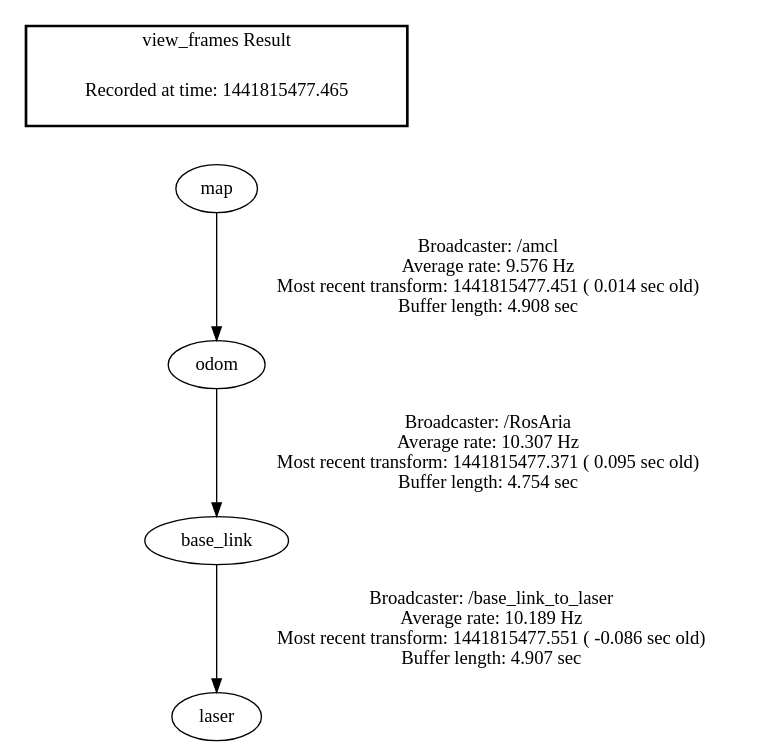
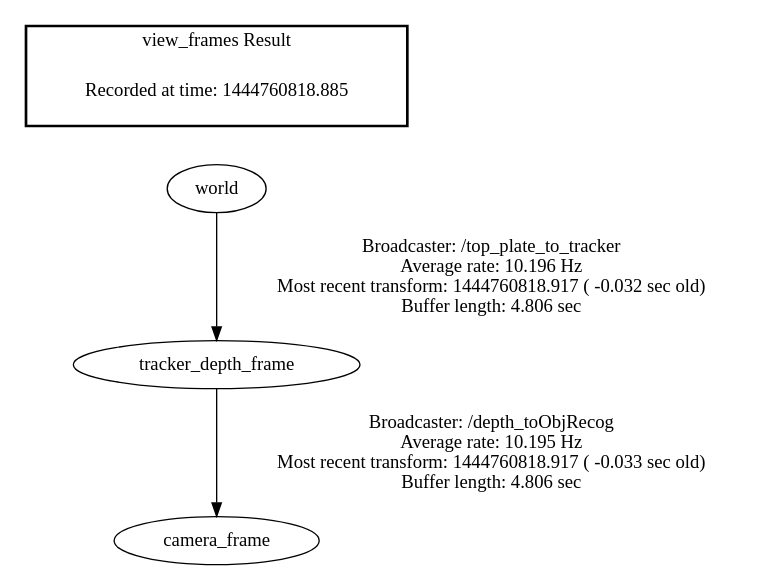
One commit to JuliousHurtado/pionner3dx changed the diagram in frames.gv. Above: the diagram before and after it, drawn with Graphviz. The commit also changed 140 other files, not shown here.

```diff
--- a/frames.gv
+++ b/frames.gv
@@ -1,9 +1,8 @@
 digraph G {
-"map" -> "odom"[label="Broadcaster: /amcl\nAverage rate: 9.576 Hz\nMost recent transform: 1441815477.451 ( 0.014 sec old)\nBuffer length: 4.908 sec\n"];
-"base_link" -> "laser"[label="Broadcaster: /base_link_to_laser\nAverage rate: 10.189 Hz\nMost recent transform: 1441815477.551 ( -0.086 sec old)\nBuffer length: 4.907 sec\n"];
-"odom" -> "base_link"[label="Broadcaster: /RosAria\nAverage rate: 10.307 Hz\nMost recent transform: 1441815477.371 ( 0.095 sec old)\nBuffer length: 4.754 sec\n"];
+"world" -> "tracker_depth_frame"[label="Broadcaster: /top_plate_to_tracker\nAverage rate: 10.196 Hz\nMost recent transform: 1444760818.917 ( -0.032 sec old)\nBuffer length: 4.806 sec\n"];
+"tracker_depth_frame" -> "camera_frame"[label="Broadcaster: /depth_toObjRecog\nAverage rate: 10.195 Hz\nMost recent transform: 1444760818.917 ( -0.033 sec old)\nBuffer length: 4.806 sec\n"];
 edge [style=invis];
  subgraph cluster_legend { style=bold; color=black; label ="view_frames Result";
-"Recorded at time: 1441815477.465"[ shape=plaintext ] ;
- }->"map";
+"Recorded at time: 1444760818.885"[ shape=plaintext ] ;
+ }->"world";
 }
```
